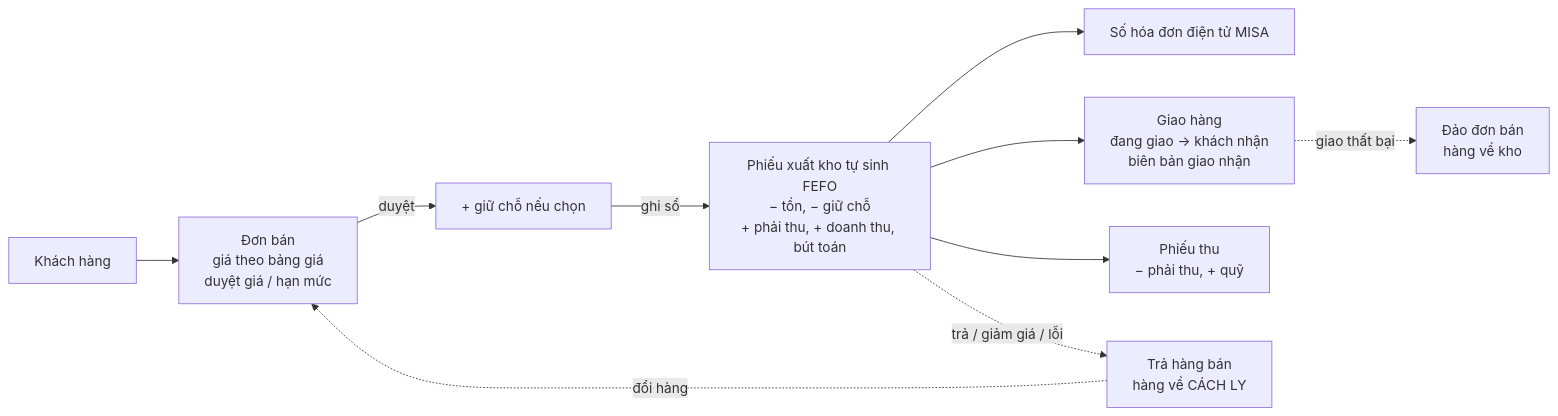
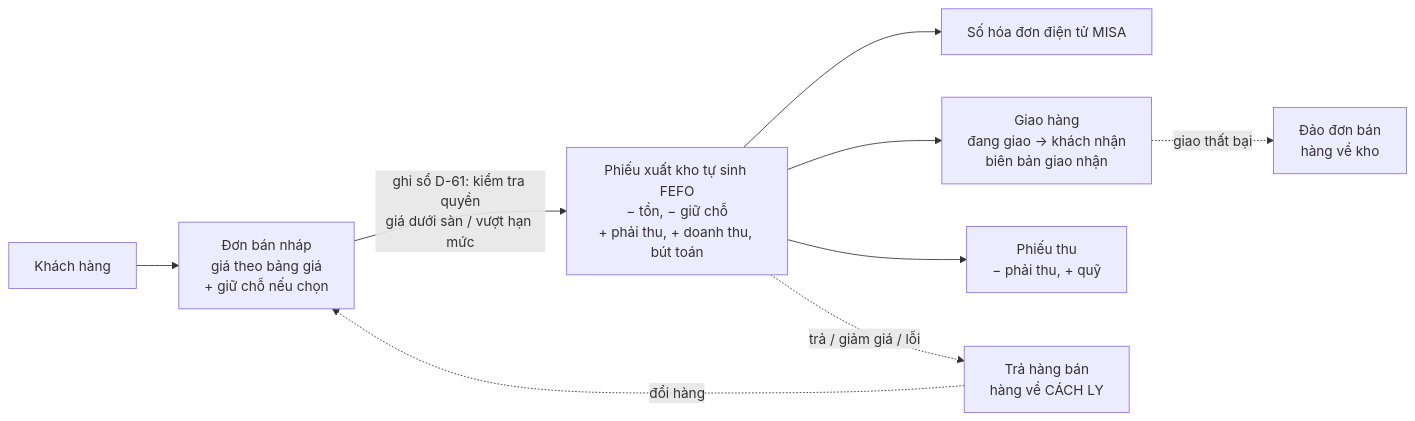
The fourth of 13 diagrams in inventory-management-ai-skeleton/docs/05-workflow.md (haict/pqb_ai), drawn with Mermaid before and after one commit. The commit also changed other lines of this file and 225 other files, not shown here.

````diff
--- a/inventory-management-ai-skeleton/docs/05-workflow.md
+++ b/inventory-management-ai-skeleton/docs/05-workflow.md
@@ -66,12 +62,11 @@
 ```mermaid
 flowchart LR
-    C[Khách hàng] --> SO[Đơn bán<br/>giá theo bảng giá<br/>duyệt giá / hạn mức]
-    SO -->|duyệt| RES[+ giữ chỗ nếu chọn]
-    RES -->|ghi sổ| POST[Phiếu xuất kho tự sinh FEFO<br/>− tồn, − giữ chỗ<br/>+ phải thu, + doanh thu, bút toán]
+    C[Khách hàng] --> SO[Đơn bán nháp<br/>giá theo bảng giá<br/>+ giữ chỗ nếu chọn]
+    SO -->|ghi sổ D-61: kiểm tra quyền<br/>giá dưới sàn / vượt hạn mức| POST[Phiếu xuất kho tự sinh FEFO<br/>− tồn, − giữ chỗ<br/>+ phải thu, + doanh thu, bút toán]
     POST --> EI[Số hóa đơn điện tử MISA]
     POST --> DL[Giao hàng<br/>đang giao → khách nhận<br/>biên bản giao nhận]
     POST --> RC[Phiếu thu<br/>− phải thu, + quỹ]
     DL -.giao thất bại.-> REV[Đảo đơn bán<br/>hàng về kho]
     POST -.trả / giảm giá / lỗi.-> SR[Trả hàng bán<br/>hàng về CÁCH LY]
     SR -.đổi hàng.-> SO
 ```
````
